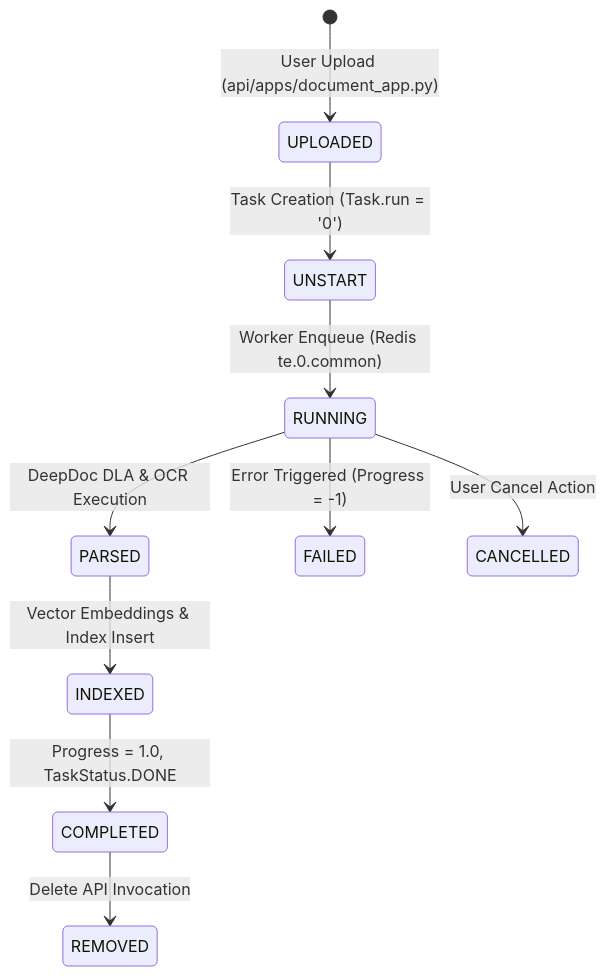
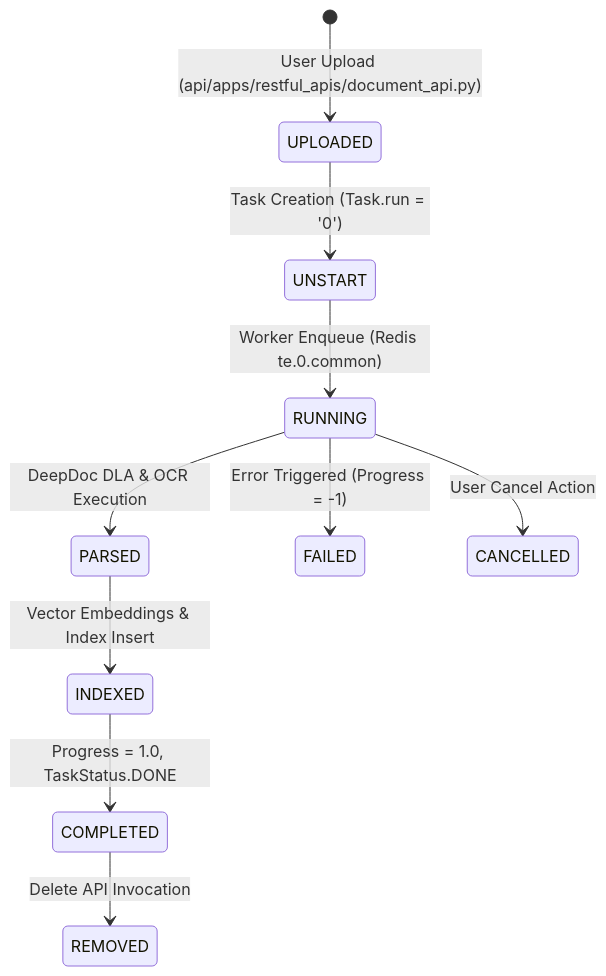
One commit to 6sLOGAN78/devRAG changed the diagram in ragflow-docs/06-document-processing/document-lifecycle.md. Above: the diagram before and after it, drawn with Mermaid. The commit also changed 35 other files, not shown here.

````diff
--- a/ragflow-docs/06-document-processing/document-lifecycle.md
+++ b/ragflow-docs/06-document-processing/document-lifecycle.md
@@ -7,13 +7,13 @@
 ```mermaid
 stateDiagram-v2
-    [*] --> UPLOADED: User Upload (api/apps/document_app.py)
+    [*] --> UPLOADED: User Upload (api/apps/restful_apis/document_api.py)
     UPLOADED --> UNSTART: Task Creation (Task.run = '0')
     UNSTART --> RUNNING: Worker Enqueue (Redis te.0.common)
     RUNNING --> PARSED: DeepDoc DLA & OCR Execution
     PARSED --> INDEXED: Vector Embeddings & Index Insert
     INDEXED --> COMPLETED: Progress = 1.0, TaskStatus.DONE
     
     RUNNING --> FAILED: Error Triggered (Progress = -1)
     RUNNING --> CANCELLED: User Cancel Action
     COMPLETED --> REMOVED: Delete API Invocation
 ```
````
